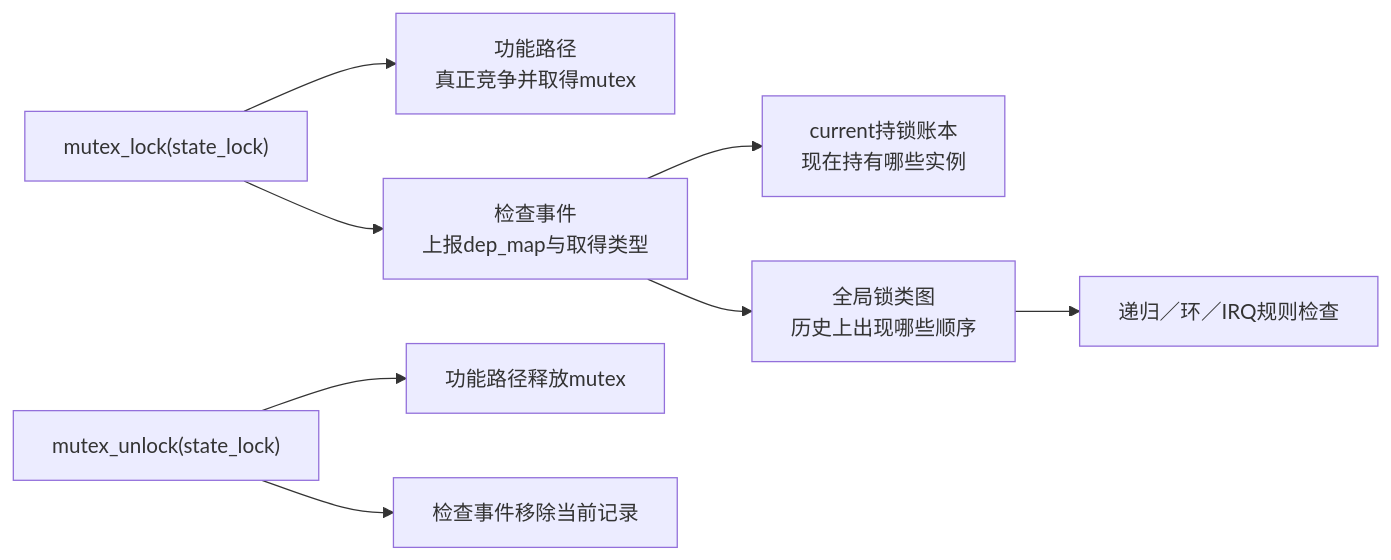
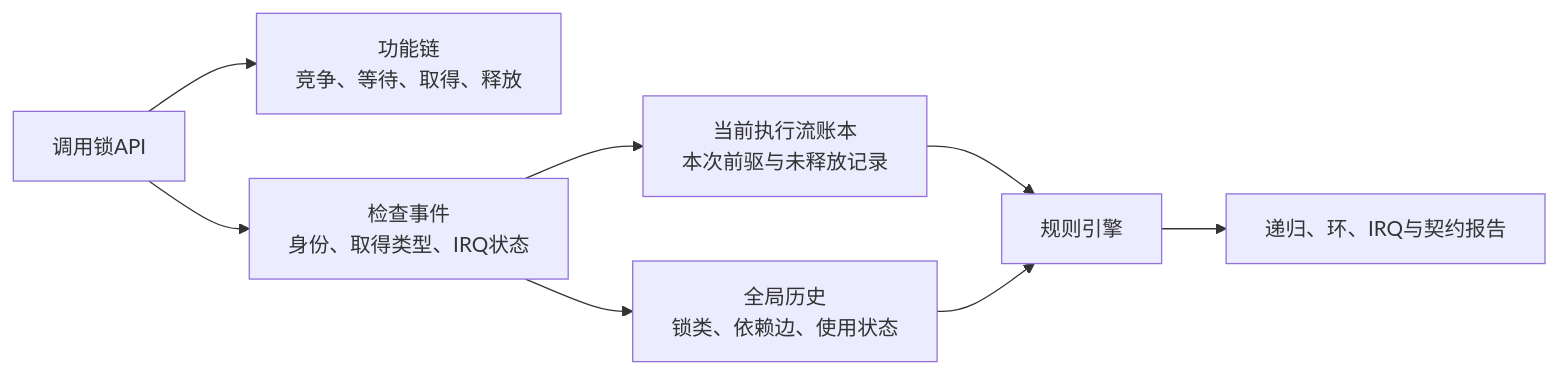
Before and after one commit to FormingSystem/linux_note: the second of 2 diagrams in knowledge/linux/synchronization/lockdep/P01_为什么需要_Lockdep.md, drawn with Mermaid. The commit also changed other lines of this file and 21 other files, not shown here.

````diff
--- a/knowledge/linux/synchronization/lockdep/P01_为什么需要_Lockdep.md
+++ b/knowledge/linux/synchronization/lockdep/P01_为什么需要_Lockdep.md
@@ -98,10 +168,10 @@
 ```mermaid
 flowchart LR
-    API["mutex_lock(state_lock)"] --> F["功能路径<br/>真正竞争并取得mutex"]
-    API --> E["检查事件<br/>上报dep_map与取得类型"]
-    E --> H["current持锁账本<br/>现在持有哪些实例"]
-    E --> G["全局锁类图<br/>历史上出现哪些顺序"]
-    G --> C["递归／环／IRQ规则检查"]
-    U["mutex_unlock(state_lock)"] --> R["功能路径释放mutex"]
-    U --> X["检查事件移除当前记录"]
+    CALL["调用锁API"] --> FUNC["功能链<br/>竞争、等待、取得、释放"]
+    CALL --> EVENT["检查事件<br/>身份、取得类型、IRQ状态"]
+    EVENT --> LOCAL["当前执行流账本<br/>本次前驱与未释放记录"]
+    EVENT --> GLOBAL["全局历史<br/>锁类、依赖边、使用状态"]
+    LOCAL --> RULE["规则引擎"]
+    GLOBAL --> RULE
+    RULE --> REPORT["递归、环、IRQ与契约报告"]
 ```
````
